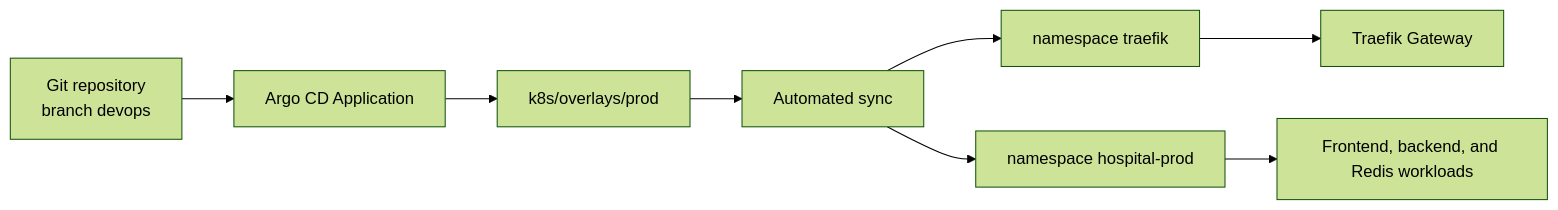
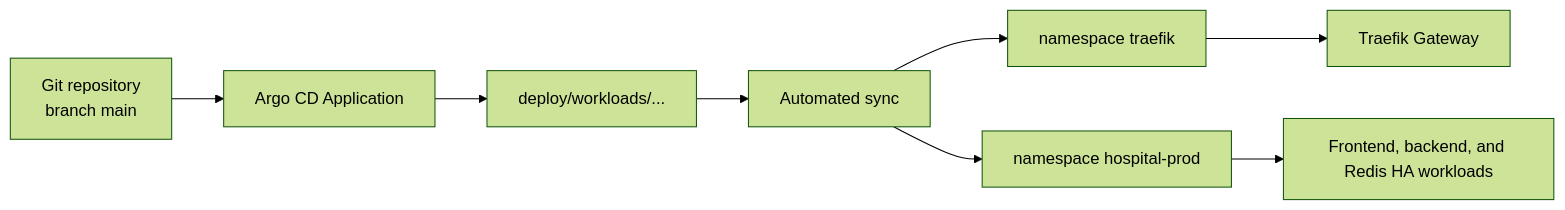
The first of 4 diagrams in docs/argocd-README.md (Kien-devops/k8s-home), drawn with Mermaid (forest theme) before and after one commit. The commit also changed other lines of this file and 14 other files, not shown here.

````diff
--- a/docs/argocd-README.md
+++ b/docs/argocd-README.md
@@ -50,10 +53,10 @@
 ```mermaid
 flowchart LR
-    git[Git repository<br/>branch devops] --> app[Argo CD Application]
-    app --> path[k8s/overlays/prod]
+    git[Git repository<br/>branch main] --> app[Argo CD Application]
+    app --> path[deploy/workloads/...]
     path --> sync[Automated sync]
     sync --> ns1[namespace traefik]
     sync --> ns2[namespace hospital-prod]
     ns1 --> traefik[Traefik Gateway]
-    ns2 --> workloads[Frontend, backend, and Redis workloads]
+    ns2 --> workloads[Frontend, backend, and Redis HA workloads]
 ```
````
